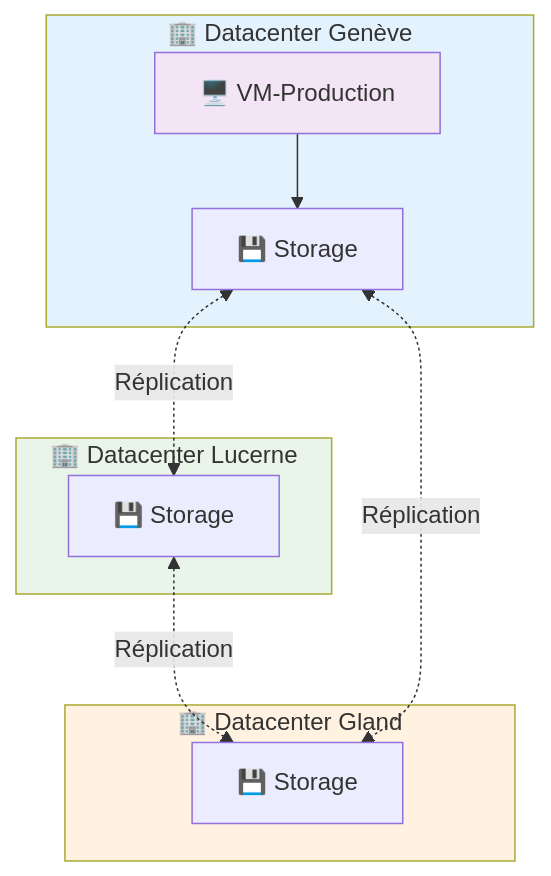
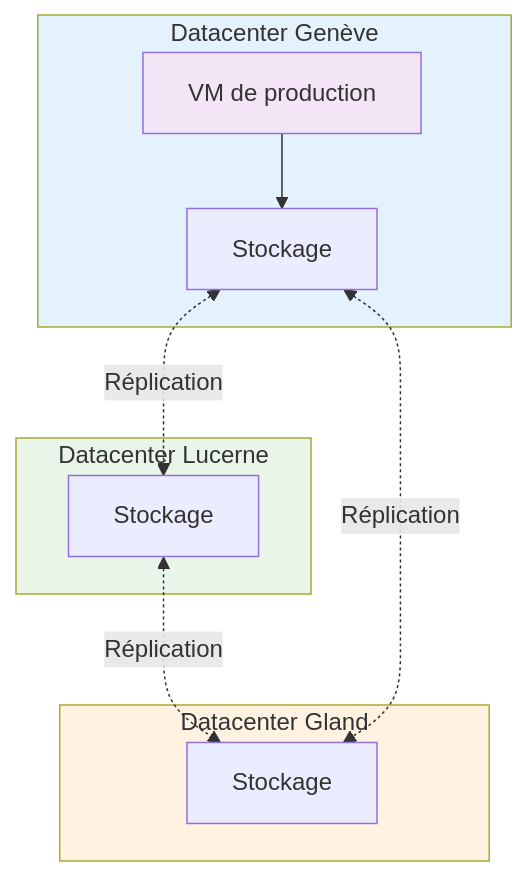
The diagram in docs/services/compute/overview.md (HidoraSwiss/hikube-public-doc), drawn with Mermaid before and after one commit. The commit also changed other lines of this file and 22 other files, not shown here.

````diff
--- a/docs/services/compute/overview.md
+++ b/docs/services/compute/overview.md
@@ -38,29 +49,26 @@
 ```mermaid
 flowchart TD
-    subgraph DC1["🏢 Datacenter Genève"]
-        VM1["🖥️ VM-Production"]
-        STORAGE1["💾 Storage"]
+    subgraph DC1["Datacenter Genève"]
+        VM1["VM de production"]
+        STORAGE1["Stockage"]
     end
-    
-    subgraph DC2["🏢 Datacenter Lucerne"]
-        STORAGE2["💾 Storage"]
+
+    subgraph DC2["Datacenter Lucerne"]
+        STORAGE2["Stockage"]
     end
-    
-    subgraph DC3["🏢 Datacenter Gland"]
-        STORAGE3["💾 Storage"]
+
+    subgraph DC3["Datacenter Gland"]
+        STORAGE3["Stockage"]
     end
-    
-    %% VM utilise le stockage local
+
     VM1 --> STORAGE1
-    
-    %% Réplication du stockage entre les 3 DC
+
     STORAGE1 <-.->|"Réplication"| STORAGE2
     STORAGE2 <-.->|"Réplication"| STORAGE3
     STORAGE1 <-.->|"Réplication"| STORAGE3
-    
-    %% Styles
+
     style DC1 fill:#e3f2fd
     style DC2 fill:#e8f5e8
     style DC3 fill:#fff2e1
     style VM1 fill:#f3e5f5
 ```
````
